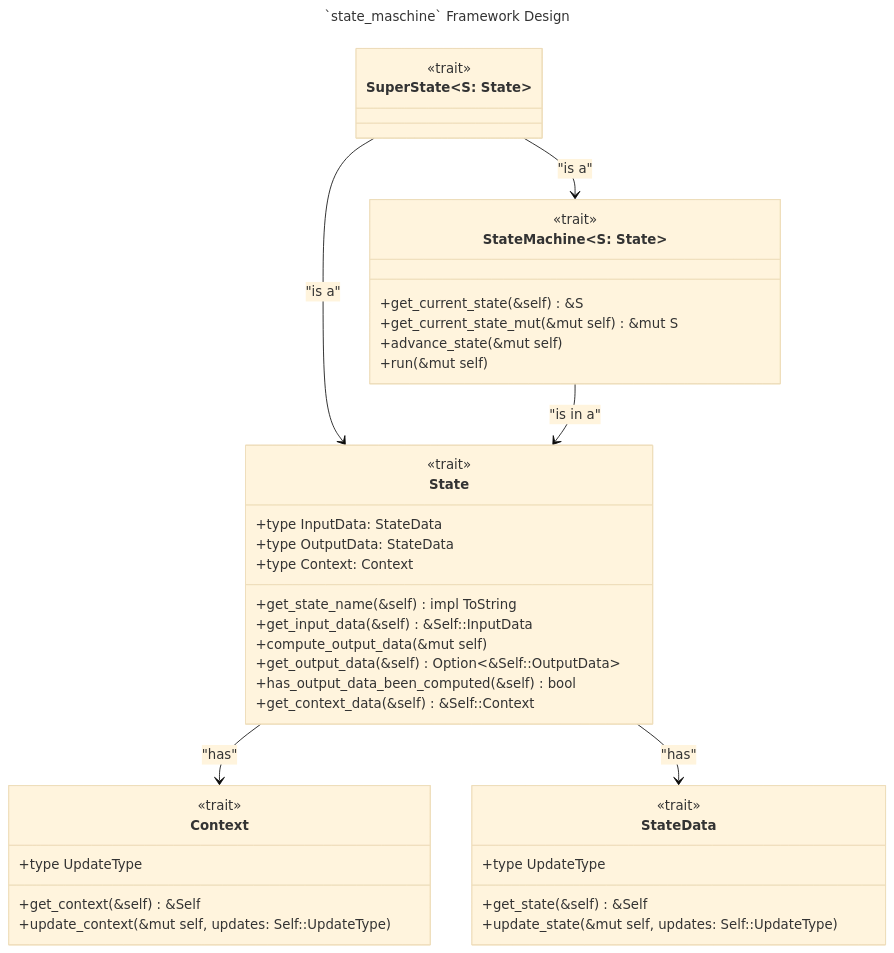
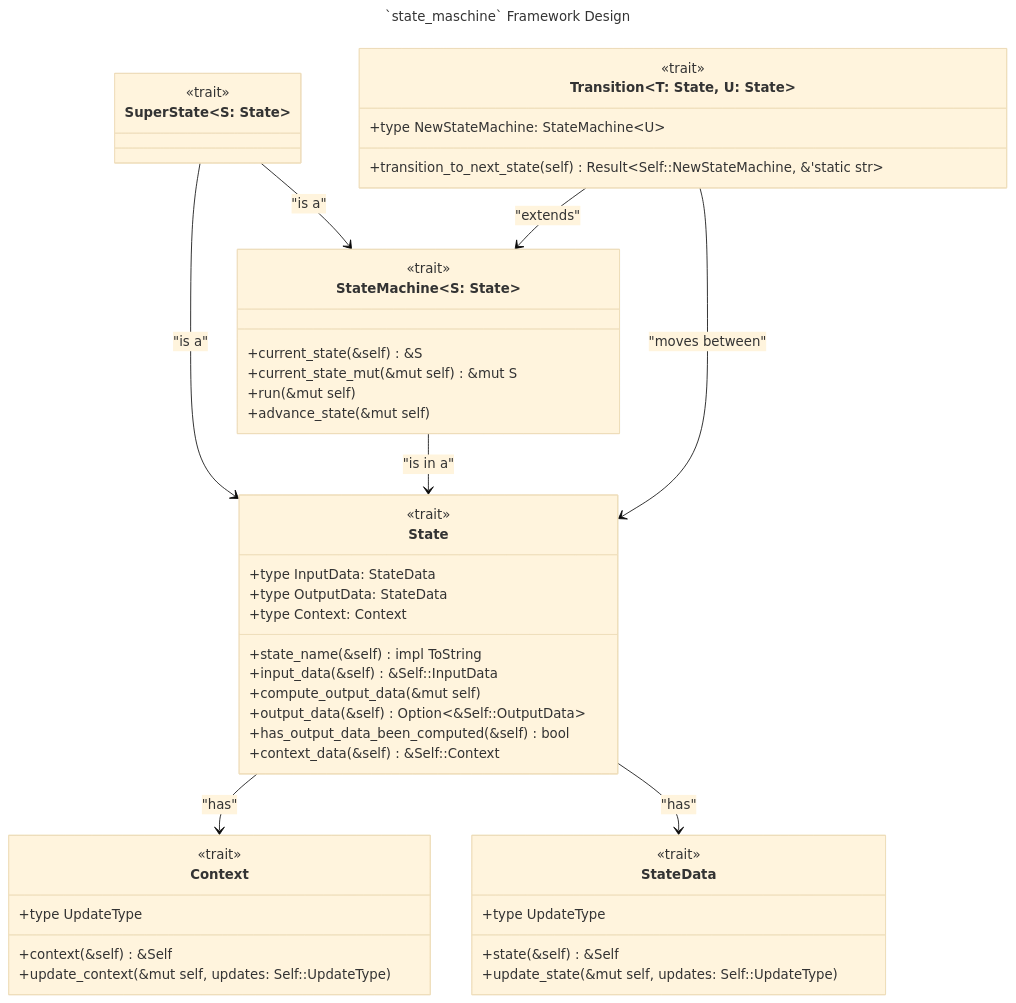
The diagram in state_machine/design/uml_class_diagram/state_machine_framework_design.md (ironcapitaleu/arkad), drawn with Mermaid (base theme) before and after one commit. The commit also changed 3 other files, not shown here.

Commit message:
doc: update all mermaid diagrams to reflect current changes

````diff
--- a/state_machine/design/uml_class_diagram/state_machine_framework_design.md
+++ b/state_machine/design/uml_class_diagram/state_machine_framework_design.md
@@ -8,28 +8,28 @@
         %% This is a trait that represents a `StateMachine`.
 
         %% These are the trait methods that must be implemented by any `StateMachine`.
-        +get_current_state(&self) &S
-        +get_current_state_mut(&mut self) &mut S
+        +current_state(&self) &S
+        +current_state_mut(&mut self) &mut S
+        +run(&mut self)
         +advance_state(&mut self)
-        +run(&mut self)
     }
 
     class State {
         <<trait>>
         %% This is a trait that represents a `State` in the `StateMachine`.
 
-        %% These are the associated types that represent the data associated with a `State`inside a `StateMachine' represents the data associated with a `State`.
+        %% These are the associated types that represent the data associated with a `State`.
         +type InputData: StateData
         +type OutputData: StateData
         +type Context: Context
 
         %% These are the trait methods that must be implemented by any `State` in the `StateMachine`.
-        +get_state_name(&self) impl ToString
-        +get_input_data(&self) &Self::InputData
+        +state_name(&self) impl ToString
+        +input_data(&self) &Self::InputData
         +compute_output_data(&mut self)
-        +get_output_data(&self) Option<&Self::OutputData>
+        +output_data(&self) Option~&Self::OutputData~
         +has_output_data_been_computed(&self) bool
-        +get_context_data(&self) &Self::Context
+        +context_data(&self) &Self::Context
     }
 
 
@@ -41,6 +41,18 @@
         %% Associated types and methods are inherited from `State` and `StateMachine<S>`.
     }
 
+    class Transition~T: State, U: State~ {
+        <<trait>>
+        %% This is a trait that represents a valid move from `State` T to `State` U.
+        %% It extends `StateMachine<T>`: only a machine currently at T can perform it.
+
+        %% The state machine type produced by the move.
+        +type NewStateMachine: StateMachine~U~
+
+        %% Consumes the state machine, so an outdated one cannot be reused after a transition.
+        +transition_to_next_state(self) Result~Self::NewStateMachine, &'static str~
+    }
+
     class Context {
         <<trait>>
         %% This is a trait that defines the behavior and characteristics of context data that is available to a `State` in a `StateMachine`.
@@ -49,7 +61,7 @@
         +type UpdateType
 
         %% Methods defined by the `Context` trait.
-        +get_context(&self) &Self
+        +context(&self) &Self
         +update_context(&mut self, updates: Self::UpdateType)
     }    
 
@@ -61,19 +73,23 @@
         +type UpdateType
 
         %% Methods defined by the `StateData` trait.
-        +get_state(&self) &Self
+        +state(&self) &Self
         +update_state(&mut self, updates: Self::UpdateType)
     }
 
     %% Relationships
-    %% `SuperState`is a `State` that is also a `StateMachine`
+    %% `SuperState` is a `State` that is also a `StateMachine`
     SuperState --> StateMachine : "is a"
     SuperState --> State : "is a"
 
-    %% A `StateMachine`is always in a specific `State`
+    %% A `StateMachine` is always in a specific `State`
     StateMachine --> State : "is in a"
 
-    %% A `State` stores internal `StateData`and has access to `Context`
+    %% A `Transition` is implemented on the `StateMachine` and moves it between `State`s
+    Transition --> StateMachine : "extends"
+    Transition --> State : "moves between"
+
+    %% A `State` stores internal `StateData` and has access to `Context`
     State --> Context : "has"
     State --> StateData : "has"
 ```
````
